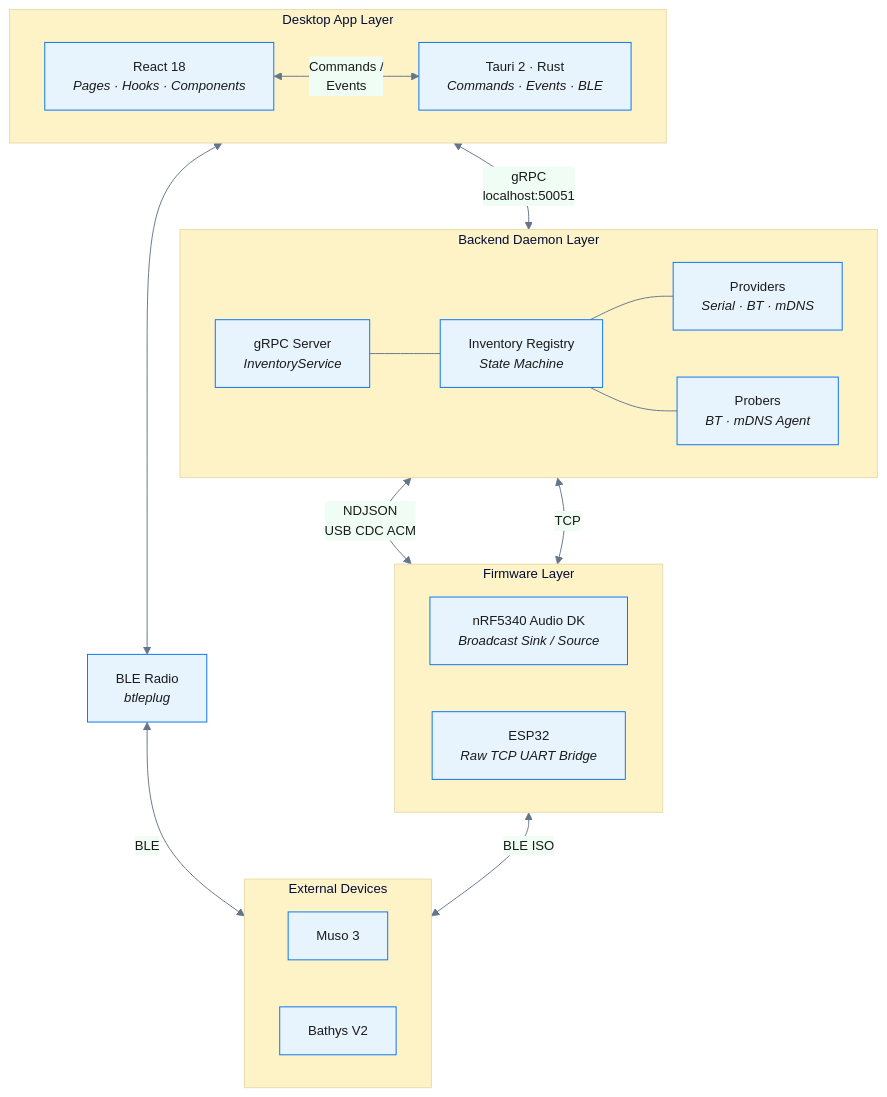
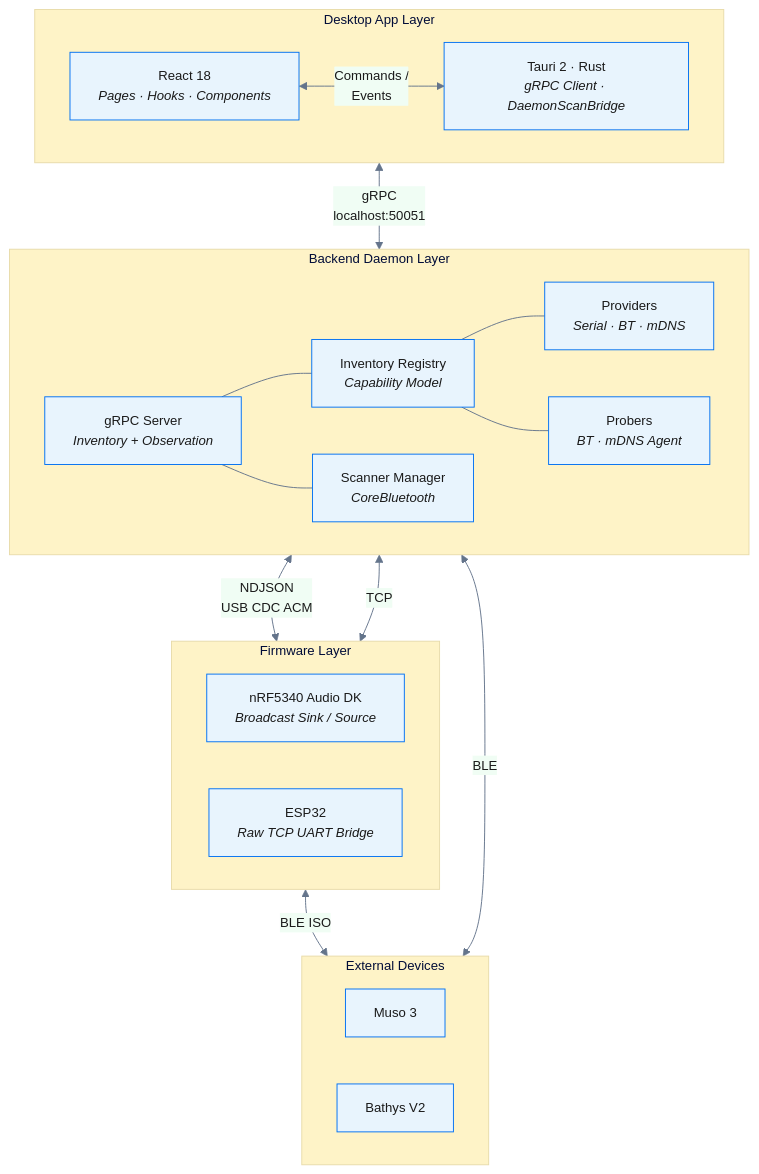
The diagram in docs/diagrams/ARCH-1-layered-architecture.mmd (digimap2000/auracle), drawn with Mermaid before and after one commit. The commit also changed 60 other files, not shown here.

Commit message:
Implement multi-unit scan diagnostics flow

```diff
--- a/docs/diagrams/ARCH-1-layered-architecture.mmd
+++ b/docs/diagrams/ARCH-1-layered-architecture.mmd
@@ -1,40 +1,39 @@
 %%{init: {'theme': 'base', 'themeVariables': {'primaryColor': '#e8f4fd', 'primaryBorderColor': '#0070f3', 'primaryTextColor': '#1a1a1a', 'secondaryColor': '#f0fdf4', 'tertiaryColor': '#fef3c7', 'lineColor': '#64748b', 'fontSize': '14px'}}}%%
 graph TB
     subgraph AppLayer["Desktop App Layer"]
         direction LR
         ReactApp["React 18<br/><i>Pages · Hooks · Components</i>"]
-        TauriBackend["Tauri 2 · Rust<br/><i>Commands · Events · BLE</i>"]
+        TauriBackend["Tauri 2 · Rust<br/><i>gRPC Client · DaemonScanBridge</i>"]
         ReactApp <-->|"Commands /<br/>Events"| TauriBackend
     end
 
     subgraph DaemonLayer["Backend Daemon Layer"]
         direction LR
-        gRPCServer["gRPC Server<br/><i>InventoryService</i>"]
-        Registry["Inventory Registry<br/><i>State Machine</i>"]
+        gRPCServer["gRPC Server<br/><i>Inventory + Observation</i>"]
+        Registry["Inventory Registry<br/><i>Capability Model</i>"]
         Providers["Providers<br/><i>Serial · BT · mDNS</i>"]
         Probers["Probers<br/><i>BT · mDNS Agent</i>"]
+        ScanMgr["Scanner Manager<br/><i>CoreBluetooth</i>"]
         gRPCServer --- Registry
+        gRPCServer --- ScanMgr
         Registry --- Providers
         Registry --- Probers
     end
 
     subgraph FWLayer["Firmware Layer"]
         direction LR
         nRF5340["nRF5340 Audio DK<br/><i>Broadcast Sink / Source</i>"]
         ESP32["ESP32<br/><i>Raw TCP UART Bridge</i>"]
     end
 
     subgraph External["External Devices"]
         direction LR
         Muso3["Muso 3"]
         BathysV2["Bathys V2"]
     end
 
-    BLE["BLE Radio<br/><i>btleplug</i>"]
-
     TauriBackend <-->|"gRPC<br/>localhost:50051"| gRPCServer
     Providers <-->|"NDJSON<br/>USB CDC ACM"| nRF5340
     Providers <-->|"TCP"| ESP32
-    TauriBackend <--> BLE
+    ScanMgr <-->|"BLE"| External
     nRF5340 <-->|"BLE ISO"| External
-    BLE <-->|"BLE"| External
```
